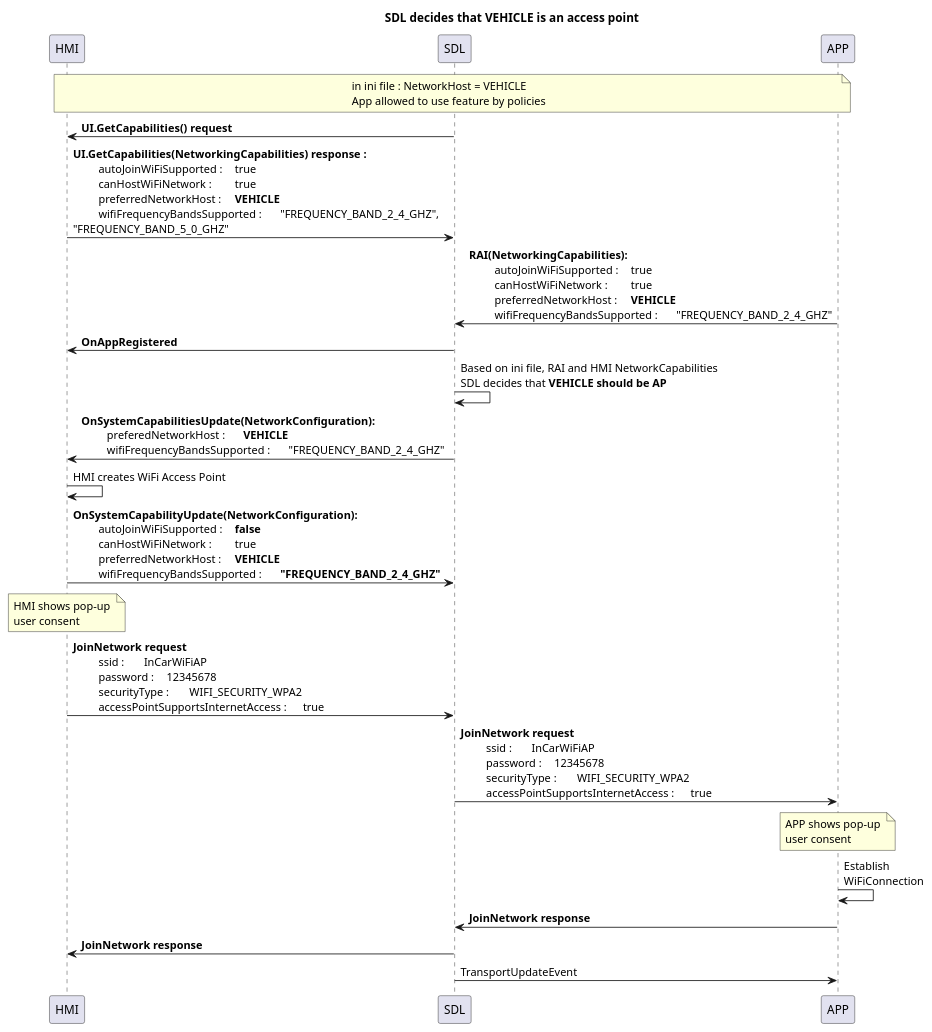
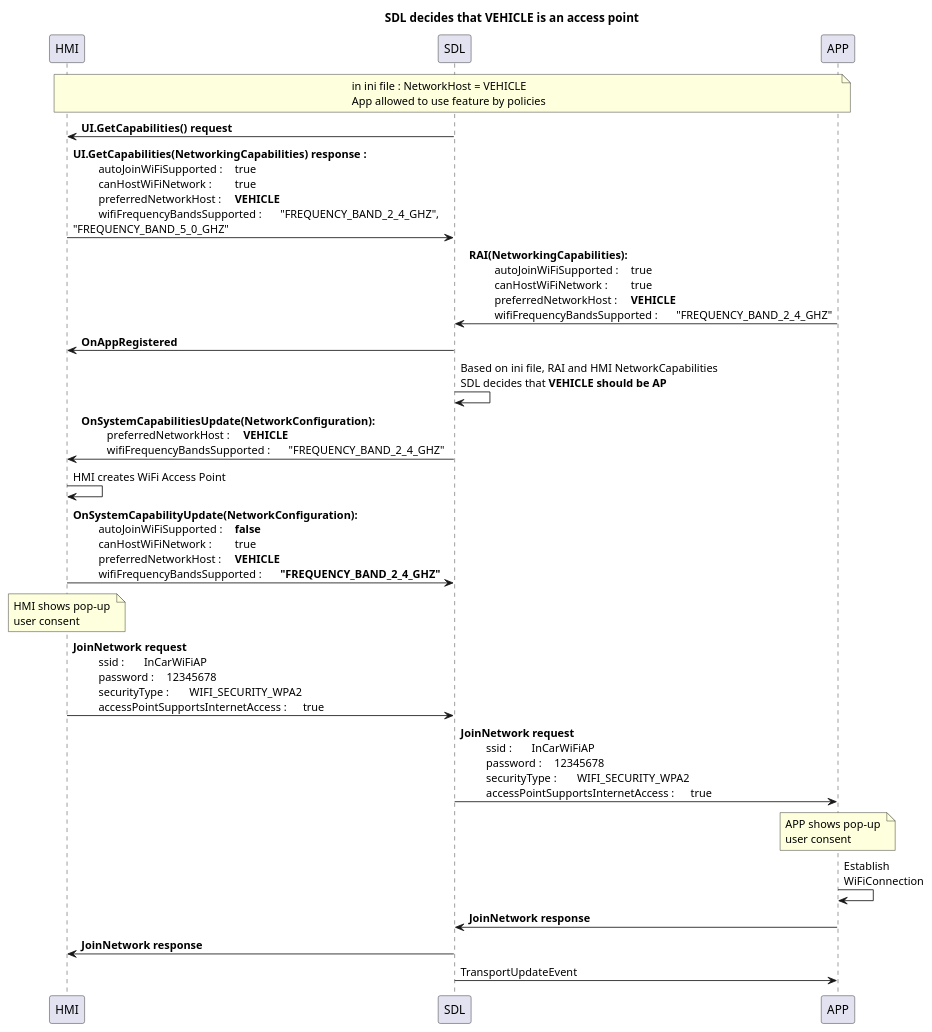
One commit to smartdevicelink/sdl_evolution changed the diagram in assets/proposals/0245-sharing-wifi-ssid-and-password/vehicle_access_point.puml. Above: the diagram before and after it, drawn with PlantUML. The commit also changed 5 other files, not shown here.

```diff
--- a/assets/proposals/0245-sharing-wifi-ssid-and-password/vehicle_access_point.puml
+++ b/assets/proposals/0245-sharing-wifi-ssid-and-password/vehicle_access_point.puml
@@ -1,71 +1,71 @@
 @startuml
 !pragma teoz true
 
 
 title SDL decides that VEHICLE is an access point
 
 participant HMI
 participant SDL
 participant APP
 
 note over HMI, APP: in ini file : NetworkHost = VEHICLE \n\
 App allowed to use feature by policies
 
 SDL -> HMI : <b>UI.GetCapabilities() request
 HMI -> SDL : <b>UI.GetCapabilities(NetworkingCapabilities) response : \n\
 \t autoJoinWiFiSupported : \t true \n\
 \t canHostWiFiNetwork : \t true \n\
 \t preferredNetworkHost : \t **VEHICLE** \n\
 \t wifiFrequencyBandsSupported : \t "FREQUENCY_BAND_2_4_GHZ",\n\
 "FREQUENCY_BAND_5_0_GHZ" 
 
 
 APP -> SDL : <b>RAI(NetworkingCapabilities): \n\
 \t autoJoinWiFiSupported : \t true \n\
 \t canHostWiFiNetwork : \t true \n\
 \t preferredNetworkHost : \t **VEHICLE** \n\
 \t wifiFrequencyBandsSupported : \t "FREQUENCY_BAND_2_4_GHZ" 
 
 SDL -> HMI : <b>OnAppRegistered 
 
 SDL -> SDL : Based on ini file, RAI and HMI NetworkCapabilities\n\
 SDL decides that **VEHICLE should be AP** 
 
 SDL -> HMI:  <b>OnSystemCapabilitiesUpdate(NetworkConfiguration): \n\
-\t preferedNetworkHost : \t **VEHICLE** \n\
+\t preferredNetworkHost : \t **VEHICLE** \n\
 \t wifiFrequencyBandsSupported : \t "FREQUENCY_BAND_2_4_GHZ" 
 
 HMI -> HMI : HMI creates WiFi Access Point
 
 HMI -> SDL:  <b>OnSystemCapabilityUpdate(NetworkConfiguration): \n\
 \t autoJoinWiFiSupported : \t **false** \n\
 \t canHostWiFiNetwork : \t true \n\
 \t preferredNetworkHost : \t **VEHICLE** \n\
 \t wifiFrequencyBandsSupported : \t <b>"FREQUENCY_BAND_2_4_GHZ" 
 
 note over HMI: HMI shows pop-up \n\
 user consent 
 
 HMI -> SDL: <b>JoinNetwork request\n\
 \t ssid : \t InCarWiFiAP \n\
 \t password : \t 12345678 \n\
 \t securityType : \t WIFI_SECURITY_WPA2 \n\
 \t accessPointSupportsInternetAccess : \t true 
 
 SDL -> APP: <b>JoinNetwork request\n\
 \t ssid : \t InCarWiFiAP \n\
 \t password : \t 12345678 \n\
 \t securityType : \t WIFI_SECURITY_WPA2 \n\
 \t accessPointSupportsInternetAccess : \t true 
 
 note over APP: APP shows pop-up \n\
 user consent 
 
 APP -> APP : Establish \n\
 WiFiConnection
 
 APP -> SDL : <b>JoinNetwork response
 SDL -> HMI : <b>JoinNetwork response
 
 SDL -> APP: TransportUpdateEvent
 @enduml
```
